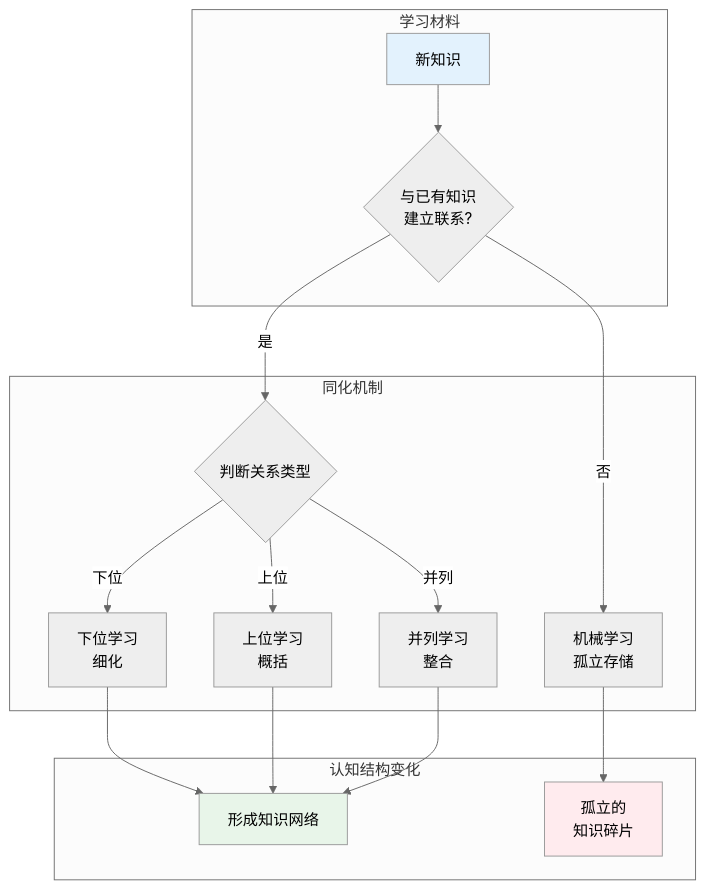
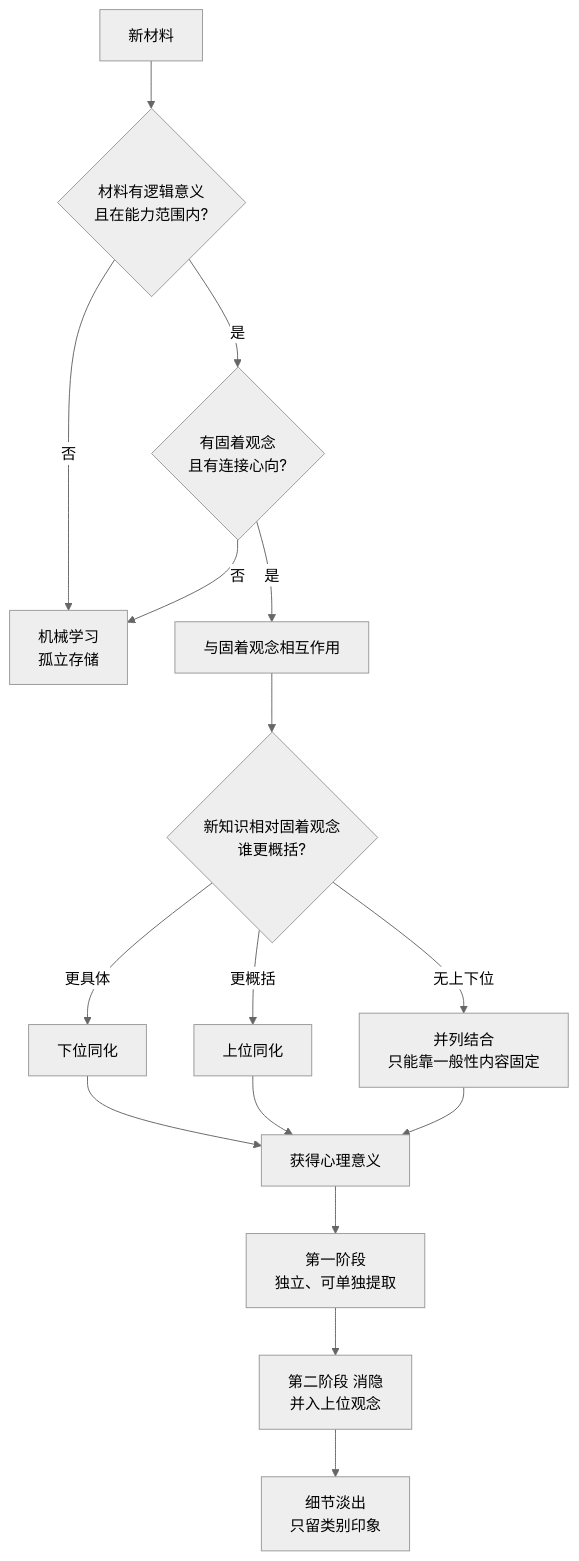
Before and after one commit to pedyc/dg.pedyc: the diagram in content/30-RESOURCES/有意义学习.md, drawn with Mermaid (neutral theme). The commit also changed other lines of this file and 71 other files, not shown here.

````diff
--- a/content/30-RESOURCES/有意义学习.md
+++ b/content/30-RESOURCES/有意义学习.md
@@ -35,25 +30,18 @@
 ```mermaid
 flowchart TB
-    subgraph 输入 ["学习材料"]
-        A[新知识] --> B{与已有知识<br/>建立联系?}
-    end
-
-    subgraph 同化过程 ["同化机制"]
-        B -->|否| C[机械学习<br/>孤立存储]
-        B -->|是| D{判断关系类型}
-        D -->|下位| E[下位学习<br/>细化]
-        D -->|上位| F[上位学习<br/>概括]
-        D -->|并列| G[并列学习<br/>整合]
-    end
-
-    subgraph 输出 ["认知结构变化"]
-        E --> H[形成知识网络]
-        F --> H
-        G --> H
-        C --> I[孤立的<br/>知识碎片]
-    end
-
-    style A fill:#e3f2fd
-    style H fill:#e8f5e9
-    style I fill:#ffebee
+    A[新材料] --> B{材料有逻辑意义<br/>且在能力范围内?}
+    B -->|否| R[机械学习<br/>孤立存储]
+    B -->|是| C{有固着观念<br/>且有连接心向?}
+    C -->|否| R
+    C -->|是| D[与固着观念相互作用]
+    D --> E{新知识相对固着观念<br/>谁更概括?}
+    E -->|更具体| F[下位同化]
+    E -->|更概括| G[上位同化]
+    E -->|无上下位| H[并列结合<br/>只能靠一般性内容固定]
+    F --> I[获得心理意义]
+    G --> I
+    H --> I
+    I --> J[第一阶段<br/>独立、可单独提取]
+    J --> K[第二阶段 消隐<br/>并入上位观念]
+    K --> L[细节淡出<br/>只留类别印象]
 ```
````
